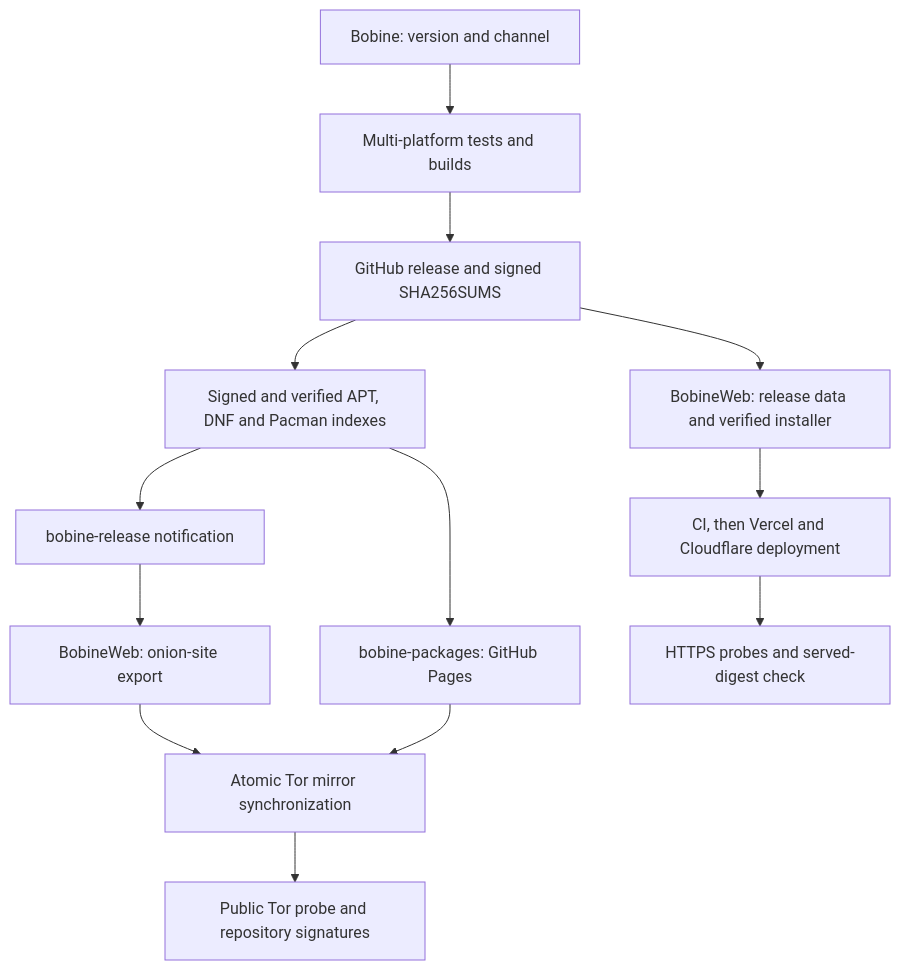
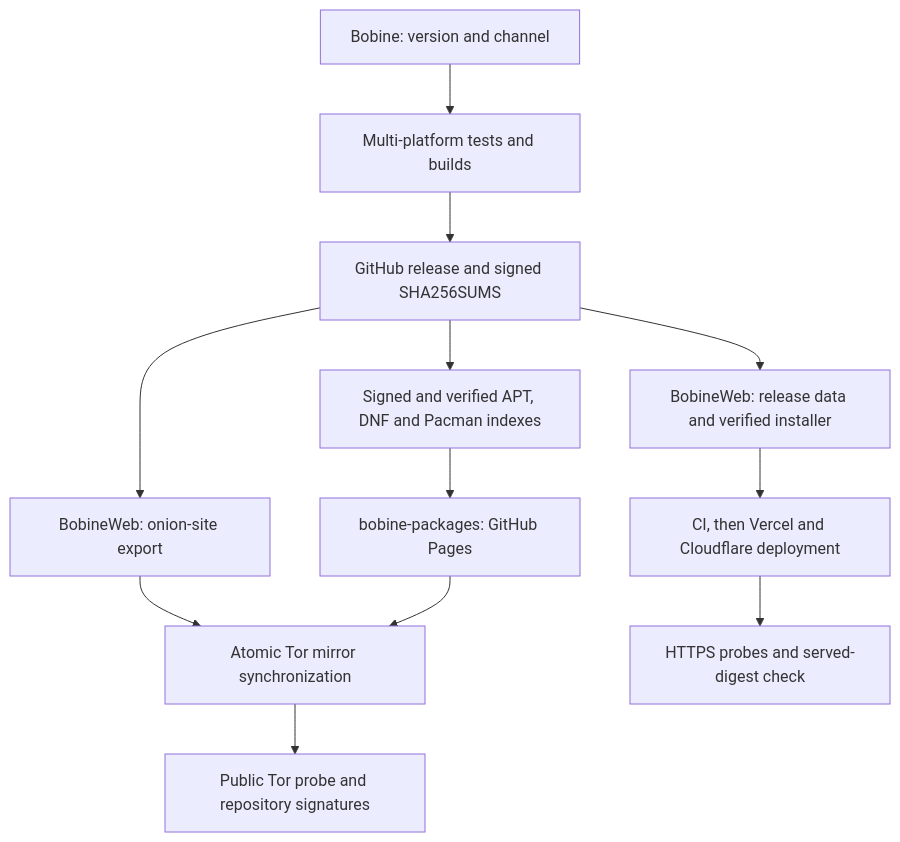
One commit to FantasmaGlad/Bobine changed the diagram in docs/ARCHITECTURE.en.md. Above: the diagram before and after it, drawn with Mermaid. The commit also changed other lines of this file and 4 other files, not shown here.

First line of the commit message:
docs(architecture): compacter la référence technique [skip ci]

````diff
--- a/docs/ARCHITECTURE.en.md
+++ b/docs/ARCHITECTURE.en.md
@@ -438,15 +412,14 @@
 ```mermaid
 flowchart TD
   Source[Bobine: version and channel] --> CI[Multi-platform tests and builds]
   CI --> Release[GitHub release and signed SHA256SUMS]
   Release --> Packages[Signed and verified APT, DNF and Pacman indexes]
   Packages --> Pages[bobine-packages: GitHub Pages]
-  Packages --> Dispatch[bobine-release notification]
-  Dispatch --> Mirror[BobineWeb: onion-site export]
+  Release --> Mirror[BobineWeb: onion-site export]
   Mirror --> Tor[Atomic Tor mirror synchronization]
   Pages --> Tor
   Release --> Web[BobineWeb: release data and verified installer]
   Web --> Deploy[CI, then Vercel and Cloudflare deployment]
   Deploy --> Probe[HTTPS probes and served-digest check]
   Tor --> TorProbe[Public Tor probe and repository signatures]
 ```
````
